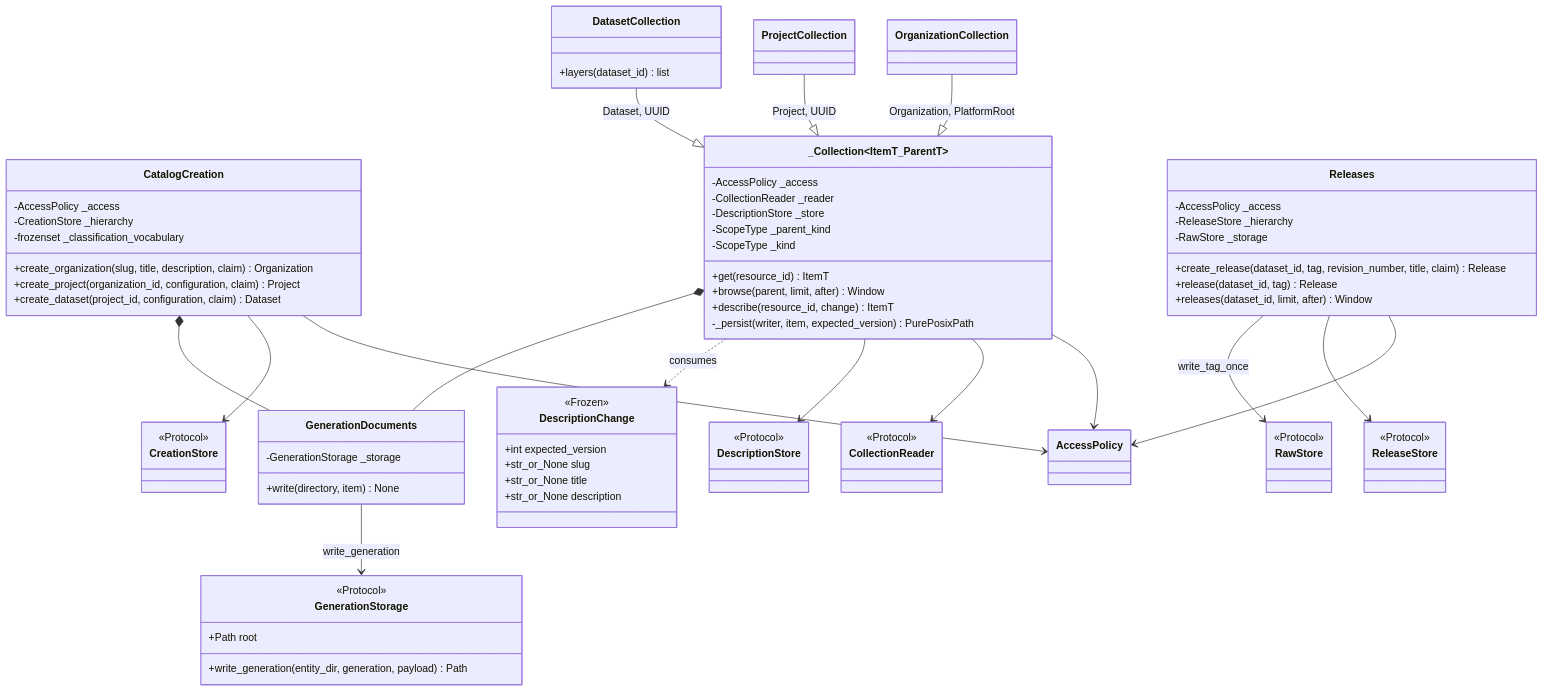
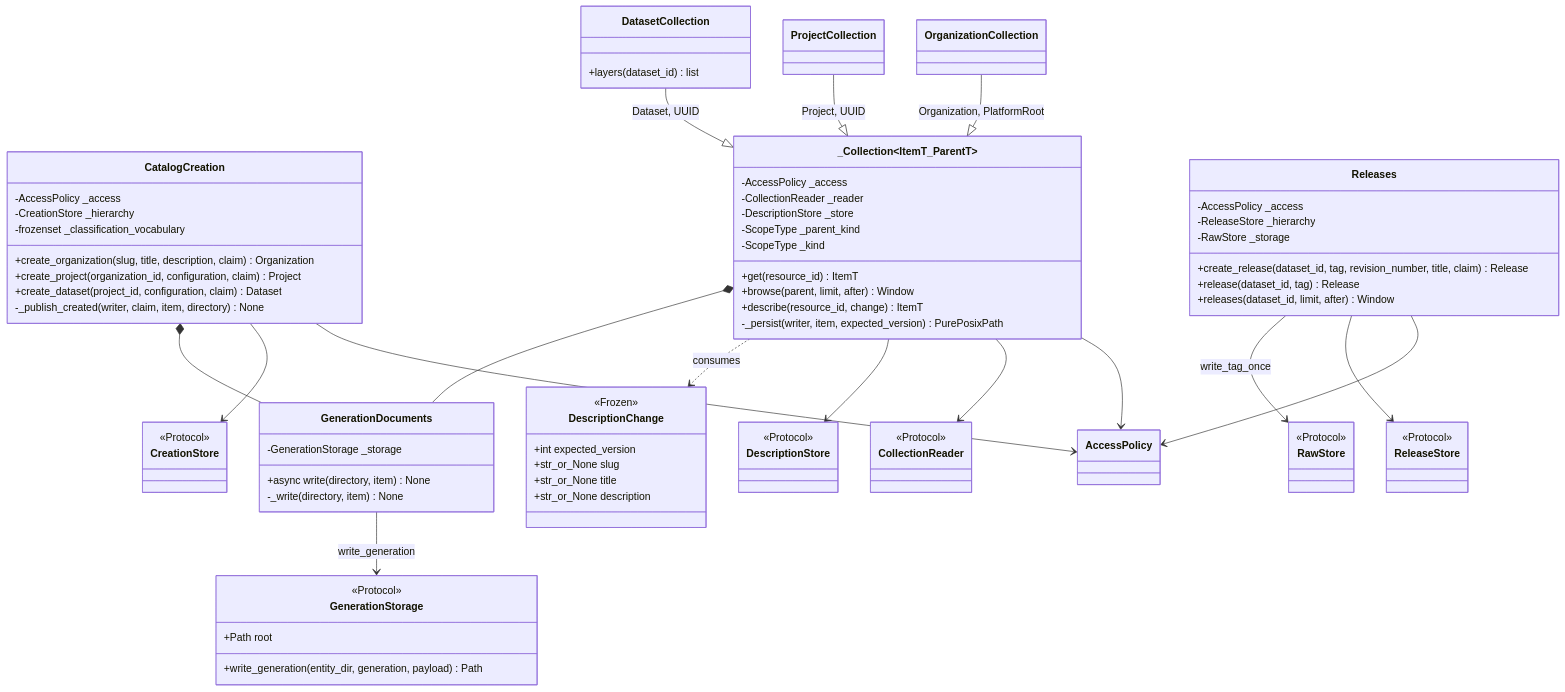
The third of 17 diagrams in design/catalog-uml.md (karthedew/huron), drawn with Mermaid before and after one commit. The commit also changed other lines of this file and 28 other files, not shown here.

```diff
--- a/design/catalog-uml.md
+++ b/design/catalog-uml.md
@@ -301,6 +301,7 @@
   +create_organization(slug, title, description, claim) Organization
   +create_project(organization_id, configuration, claim) Project
   +create_dataset(project_id, configuration, claim) Dataset
+  -_publish_created(writer, claim, item, directory) None
 }
 class _Collection~ItemT_ParentT~ {
   -AccessPolicy _access
@@ -327,7 +328,8 @@
 }
 class GenerationDocuments {
   -GenerationStorage _storage
-  +write(directory, item) None
+  +async write(directory, item) None
+  -_write(directory, item) None
 }
 class Releases {
   -AccessPolicy _access
```
